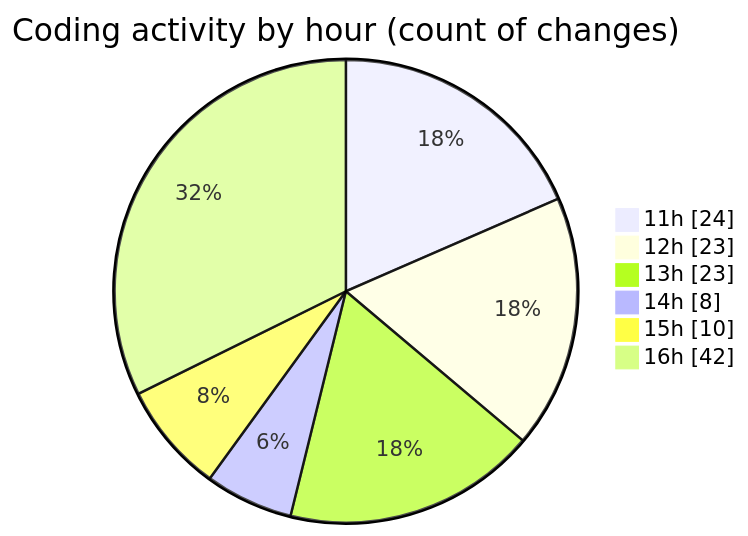
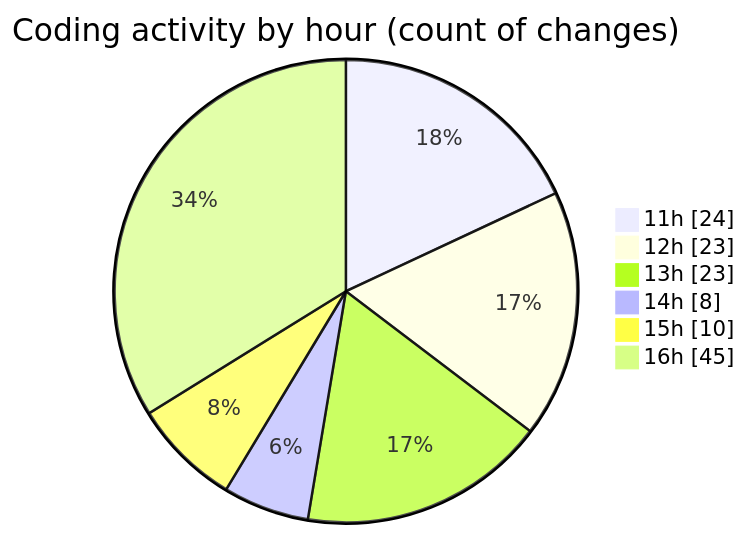
The second of 2 diagrams in 2025-09-18/nxtqube_webapp/README.md (nxtqubesakshisongat/code-tracking), drawn with Mermaid before and after one commit. The commit also changed other lines of this file and 1 other file, not shown here.

````diff
--- a/2025-09-18/nxtqube_webapp/README.md
+++ b/2025-09-18/nxtqube_webapp/README.md
@@ -48,10 +48,10 @@
 ```mermaid
 pie showData
 title Coding activity by hour (count of changes)
 "11h" : 24
 "12h" : 23
 "13h" : 23
 "14h" : 8
 "15h" : 10
-"16h" : 42
+"16h" : 45
 ```
````
